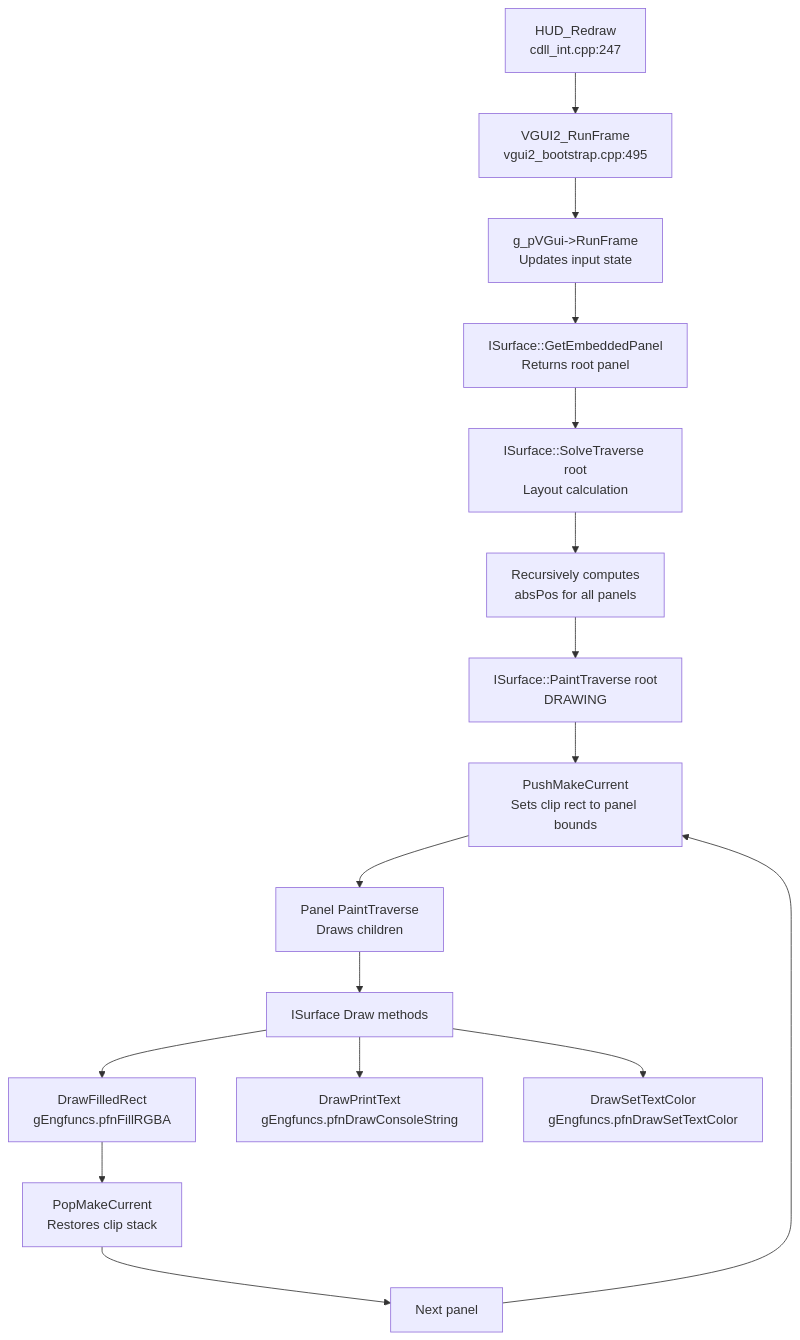
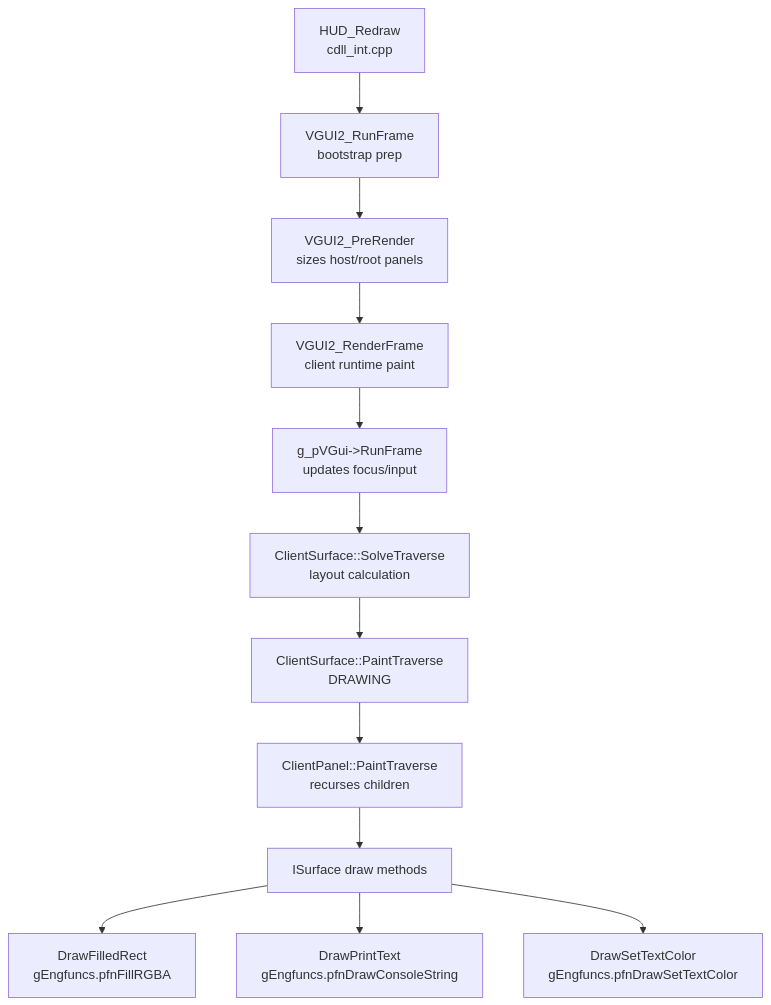
The sixth of 11 diagrams in docs/VGUI2_SYSTEM.md (philipdaquin/cs16-client), drawn with Mermaid before and after one commit. The commit also changed other lines of this file and 58 other files, not shown here.

Commit message:
Port client VGUI2 layout and scheme handling

````diff
--- a/docs/VGUI2_SYSTEM.md
+++ b/docs/VGUI2_SYSTEM.md
@@ -263,18 +263,14 @@
 ```mermaid
 flowchart TD
-    A[HUD_Redraw<br/>cdll_int.cpp:247] --> B[VGUI2_RunFrame<br/>vgui2_bootstrap.cpp:495]
-    B --> C[g_pVGui->RunFrame<br/>Updates input state]
-    C --> D[ISurface::GetEmbeddedPanel<br/>Returns root panel]
-    D --> E[ISurface::SolveTraverse root<br/>Layout calculation]
-    E --> F[Recursively computes<br/>absPos for all panels]
-    F --> G[ISurface::PaintTraverse root<br/>DRAWING]
-    G --> H[PushMakeCurrent<br/>Sets clip rect to panel bounds]
-    H --> I[Panel PaintTraverse<br/>Draws children]
-    I --> J[ISurface Draw methods]
-    J --> K[DrawFilledRect<br/>gEngfuncs.pfnFillRGBA]
-    J --> L[DrawPrintText<br/>gEngfuncs.pfnDrawConsoleString]
-    J --> M[DrawSetTextColor<br/>gEngfuncs.pfnDrawSetTextColor]
-    K --> N[PopMakeCurrent<br/>Restores clip stack]
-    N --> O[Next panel]
-    O --> H
+    A[HUD_Redraw<br/>cdll_int.cpp] --> B[VGUI2_RunFrame<br/>bootstrap prep]
+    B --> C[VGUI2_PreRender<br/>sizes host/root panels]
+    C --> D[VGUI2_RenderFrame<br/>client runtime paint]
+    D --> E[g_pVGui->RunFrame<br/>updates focus/input]
+    E --> F[ClientSurface::SolveTraverse<br/>layout calculation]
+    F --> G[ClientSurface::PaintTraverse<br/>DRAWING]
+    G --> H[ClientPanel::PaintTraverse<br/>recurses children]
+    H --> I[ISurface draw methods]
+    I --> J[DrawFilledRect<br/>gEngfuncs.pfnFillRGBA]
+    I --> K[DrawPrintText<br/>gEngfuncs.pfnDrawConsoleString]
+    I --> L[DrawSetTextColor<br/>gEngfuncs.pfnDrawSetTextColor]
 ```
````
